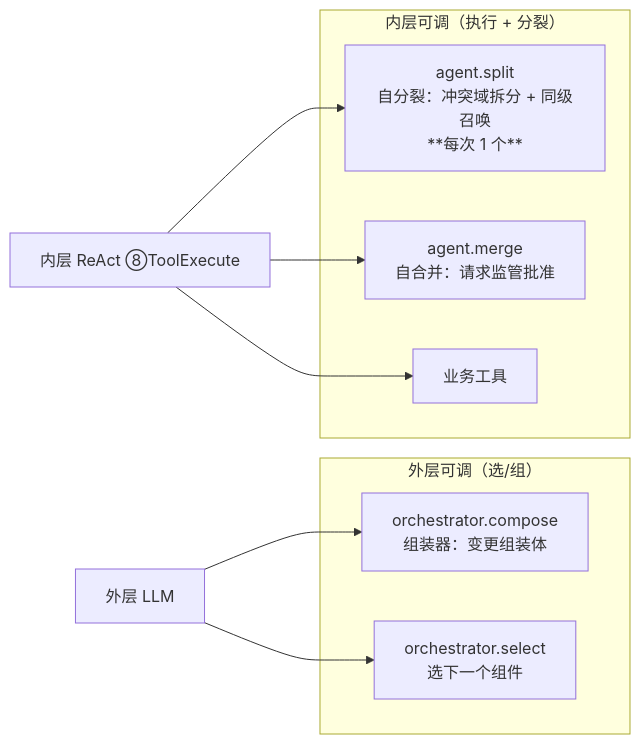
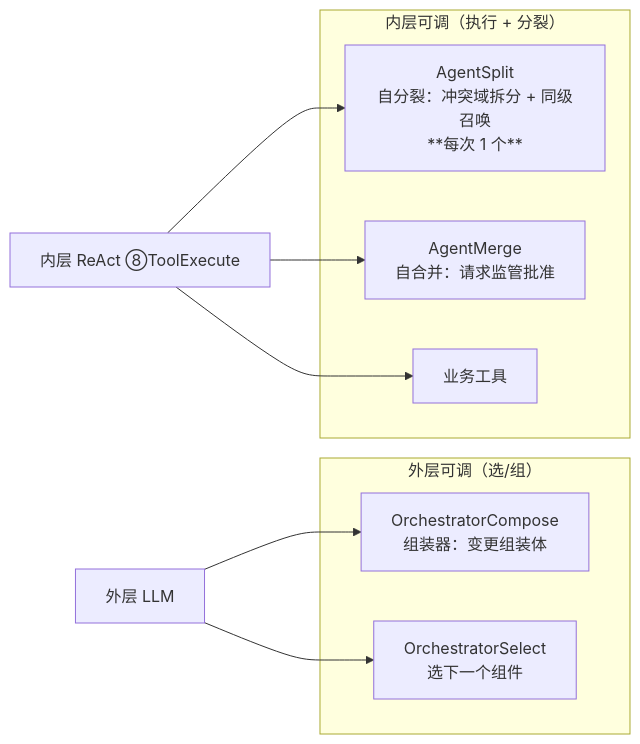
The first of 2 diagrams in Docs/Dev/L1编排设计/02-组装器与算子闭集.md (linmowudie/CivitasAI), drawn with Mermaid before and after one commit. The commit also changed other lines of this file and 305 other files, not shown here.

````diff
--- a/Docs/Dev/L1编排设计/02-组装器与算子闭集.md
+++ b/Docs/Dev/L1编排设计/02-组装器与算子闭集.md
@@ -10,14 +10,14 @@
 ```mermaid
 flowchart LR
   subgraph OUTER_TOOLS["外层可调（选/组）"]
-    COMP["orchestrator.compose<br/>组装器：变更组装体"]
-    PICK["orchestrator.select<br/>选下一个组件"]
+    COMP["OrchestratorCompose<br/>组装器：变更组装体"]
+    PICK["OrchestratorSelect<br/>选下一个组件"]
   end
   subgraph INNER_TOOLS["内层可调（执行 + 分裂）"]
-    SPLIT["agent.split<br/>自分裂：冲突域拆分 + 同级召唤<br/>**每次 1 个**"]
-    MERGE["agent.merge<br/>自合并：请求监管批准"]
+    SPLIT["AgentSplit<br/>自分裂：冲突域拆分 + 同级召唤<br/>**每次 1 个**"]
+    MERGE["AgentMerge<br/>自合并：请求监管批准"]
     BIZ["业务工具"]
   end
   OUT["外层 LLM"] --> COMP & PICK
   INN["内层 ReAct ⑧ToolExecute"] --> SPLIT & MERGE & BIZ
 ```
````
